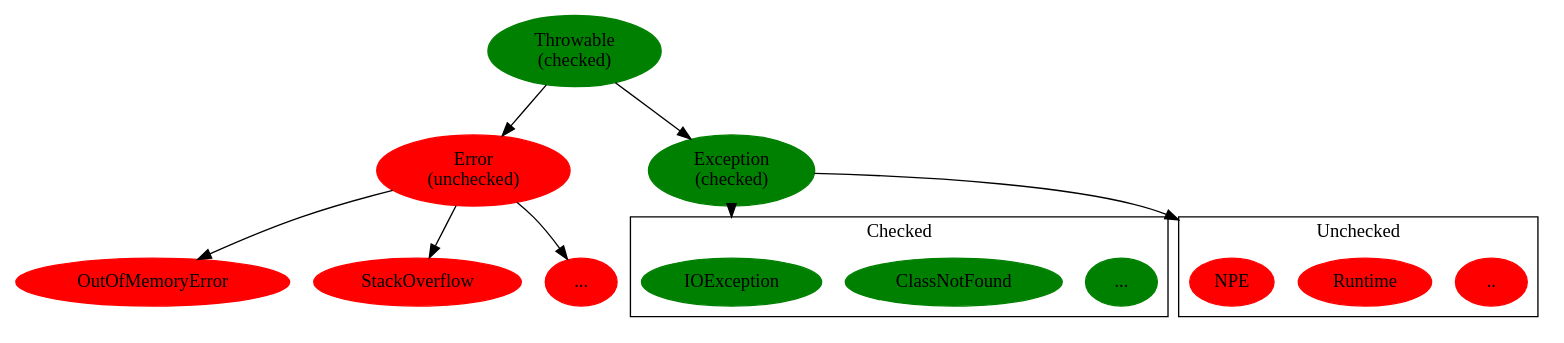
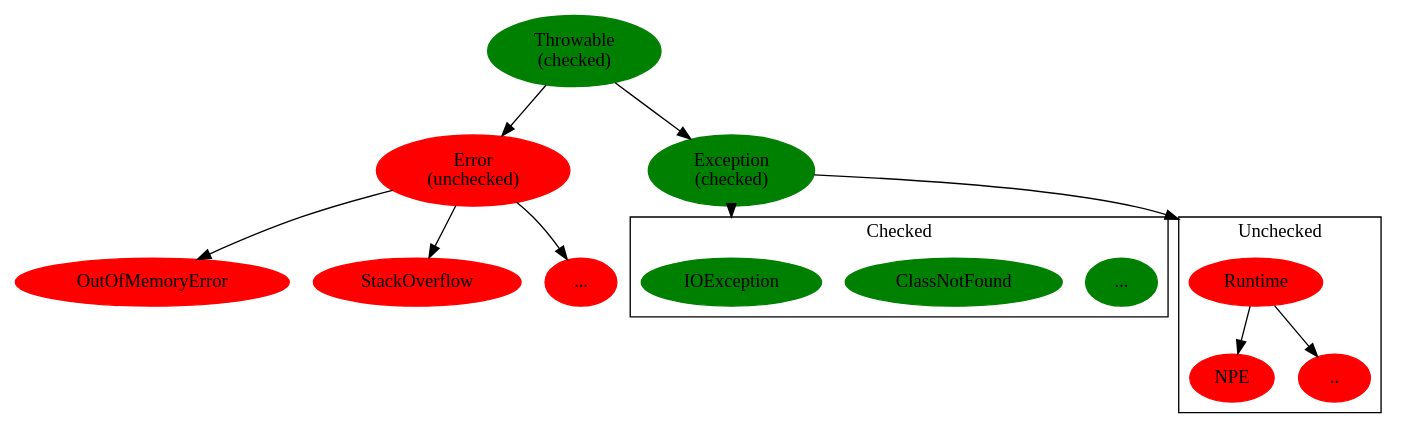
One commit to Broscorp-net/traineeship changed the diagram in module1/src/main/java/net/broscorp/exceptions/diagram.gv. Above: the diagram before and after it, drawn with Graphviz.

Commit message:
Changed diagram

```diff
--- a/module1/src/main/java/net/broscorp/exceptions/diagram.gv
+++ b/module1/src/main/java/net/broscorp/exceptions/diagram.gv
@@ -1,42 +1,39 @@
  digraph G {
   compound=true;
-
-
-
-
 
   subgraph cluster_0 {
     node[style=filled, color=green];
     label="Checked";
     "...";
     "ClassNotFound";
     "IOException";
 
   }
 
   subgraph cluster_1 {
     node[style=filled, color=red];
     label="Unchecked";
-    "..";
-    "Runtime";
-    "NPE";
+
+    "Runtime" -> "NPE";
+    "Runtime" -> "..";
   }
 
   THR [label="Throwable\n(checked)", style=filled, color=green];
   ERR [label="Error\n(unchecked)", style=filled, color=red];
   EXC [label="Exception\n(checked)", style=filled, color=green];
   OOM [label="OutOfMemoryError", style=filled, color=red];
   SOF [label="StackOverflow", style=filled, color=red];
 
   ETC [label="...", style=filled, color=red];
+
+  THR -> ERR;
   THR -> EXC;
-  THR -> ERR;
+
 
   ERR -> OOM;
   ERR -> SOF;
   ERR -> ETC
 
+  EXC -> Runtime[lhead=cluster_1];
   EXC -> IOException[lhead=cluster_0];
-  EXC -> NPE[lhead=cluster_1];
-
  }
```
